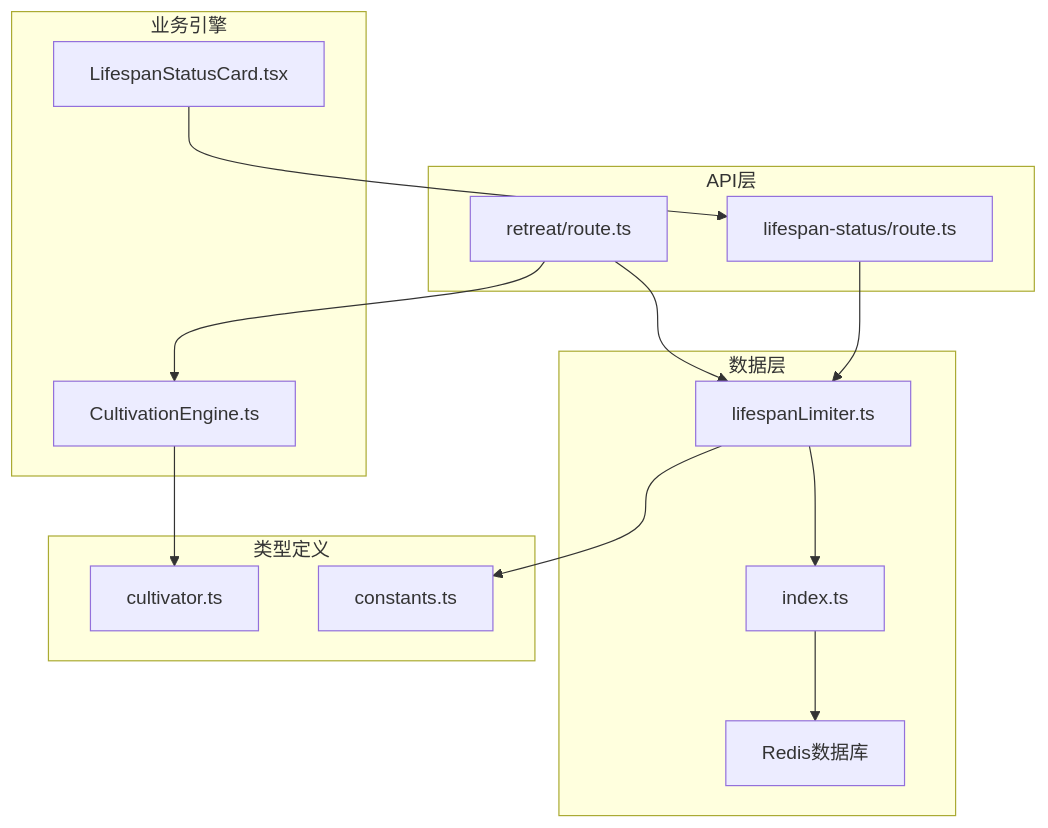
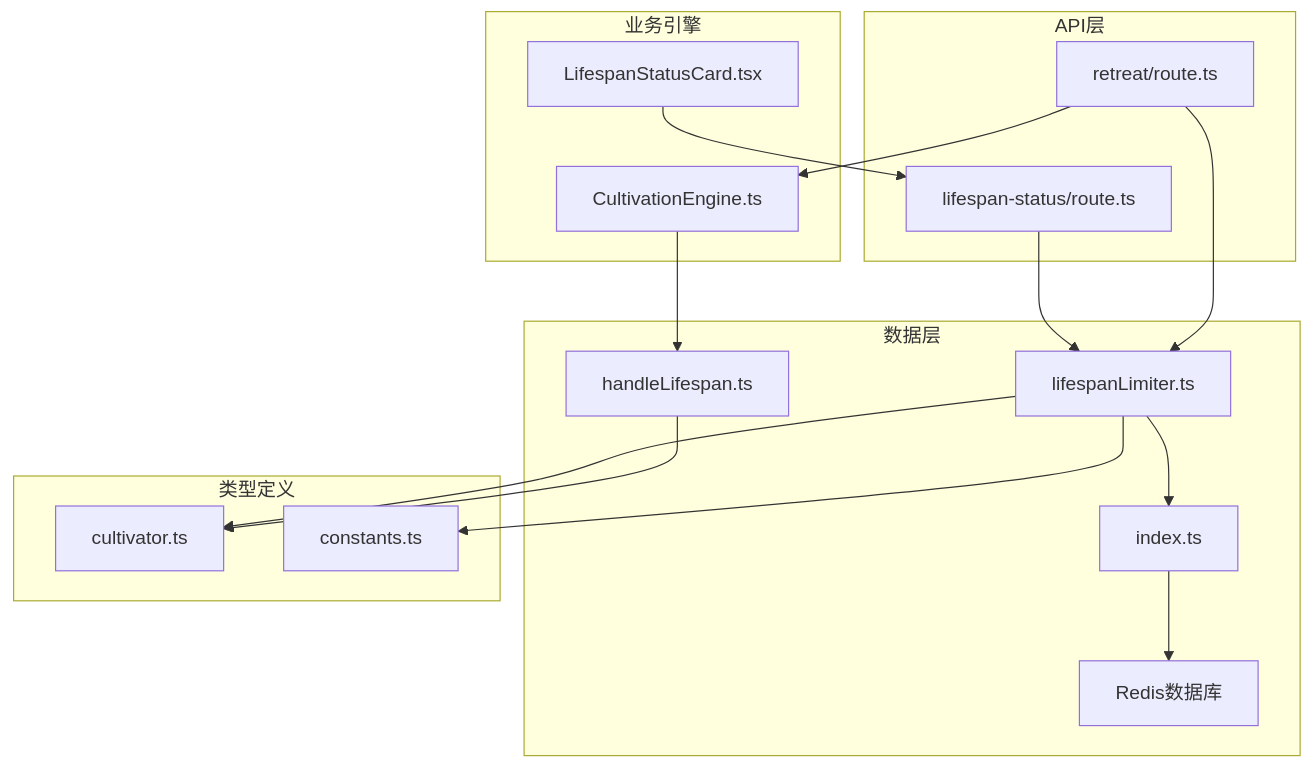
The first of 10 diagrams in .qoder/repowiki/zh/content/缓存与性能优化/寿命消耗限制器.md (ChurchTao/Daoyou), drawn with Mermaid before and after one commit. The commit also changed other lines of this file and 9 other files, not shown here.

````diff
--- a/.qoder/repowiki/zh/content/缓存与性能优化/寿命消耗限制器.md
+++ b/.qoder/repowiki/zh/content/缓存与性能优化/寿命消耗限制器.md
@@ -39,28 +47,31 @@
 ```mermaid
 graph TB
 subgraph "API层"
 A[lifespan-status/route.ts]
 B[retreat/route.ts]
 end
 subgraph "业务引擎"
 C[CultivationEngine.ts]
 D[LifespanStatusCard.tsx]
 end
 subgraph "数据层"
 E[lifespanLimiter.ts]
 F[index.ts]
 G[Redis数据库]
+H[handleLifespan.ts]
 end
 subgraph "类型定义"
-H[cultivator.ts]
-I[constants.ts]
+I[cultivator.ts]
+J[constants.ts]
 end
 A --> E
 B --> E
 B --> C
 D --> A
 E --> F
 F --> G
 C --> H
 E --> I
+E --> J
+H --> I
 ```
````
